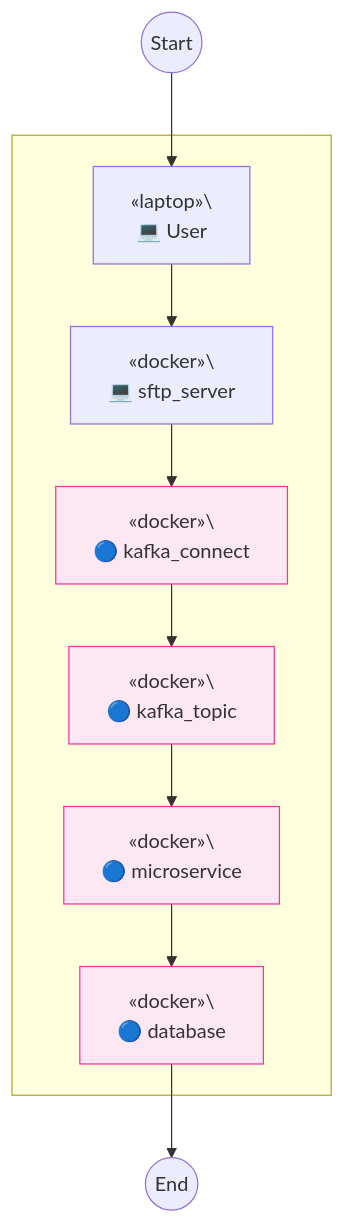
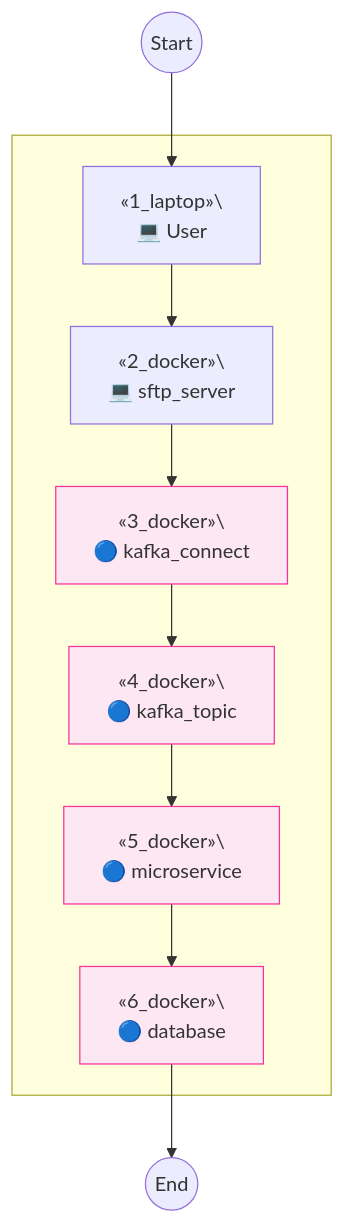
The fourth of 4 diagrams in server_sftp/README.md (TrulyDigital/DATA_STREET), drawn with Mermaid before and after one commit.

Commit message:
feat: server-sftp uptade

````diff
--- a/server_sftp/README.md
+++ b/server_sftp/README.md
@@ -63,28 +63,28 @@
 ```mermaid
 graph TD
     subgraph Container_A [.]
-        A[«laptop»\<br/> 💻 User]
-        B[«docker»\<br/> 💻 sftp_server]
-        C[«docker»\<br/> 🔵 kafka_connect]
+        A[«1_laptop»\<br/> 💻 User]
+        B[«2_docker»\<br/> 💻 sftp_server]
+        C[«3_docker»\<br/> 🔵 kafka_connect]
         C:::note_c
-        D[«docker»\<br/> 🔵 kafka_topic]
+        D[«4_docker»\<br/> 🔵 kafka_topic]
         D:::note_d
-        E[«docker»\<br/> 🔵 microservice]
+        E[«5_docker»\<br/> 🔵 microservice]
         E:::note_e
-        F[«docker»\<br/> 🔵 database]
+        F[«6_docker»\<br/> 🔵 database]
         F:::note_f
     end
 
     Start((Start)) --> A
     A --> B
     B --> C
     C --> D
     D --> E
     E --> F
     F --> End((End))
 
     classDef note_c fill:#fce7f3,stroke:#f6339a,stroke-width:1px;
     classDef note_d fill:#fce7f3,stroke:#f6339a,stroke-width:1px;
     classDef note_e fill:#fce7f3,stroke:#f6339a,stroke-width:1px;
     classDef note_f fill:#fce7f3,stroke:#f6339a,stroke-width:1px;
 ```
````
